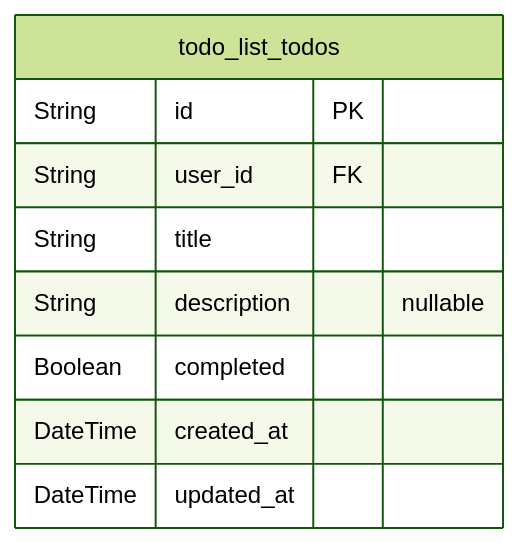
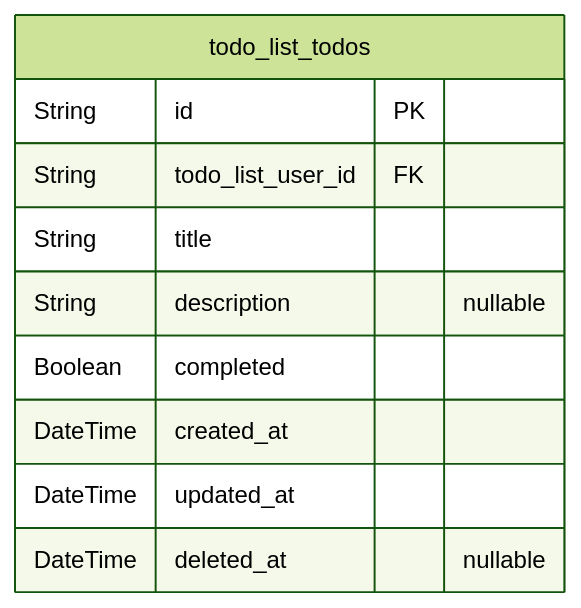
Before and after one commit to wrtnlabs/autobe-examples: the second of 2 diagrams in qwen/qwen3-coder-exacto/todo/docs/ERD.md, drawn with Mermaid (forest theme). The commit also changed other lines of this file and 7173 other files, not shown here.

````diff
--- a/qwen/qwen3-coder-exacto/todo/docs/ERD.md
+++ b/qwen/qwen3-coder-exacto/todo/docs/ERD.md
@@ -103,12 +99,13 @@
 ```mermaid
 erDiagram
 "todo_list_todos" {
   String id PK
-  String user_id FK
+  String todo_list_user_id FK
   String title
   String description "nullable"
   Boolean completed
   DateTime created_at
   DateTime updated_at
+  DateTime deleted_at "nullable"
 }
 ```
````
